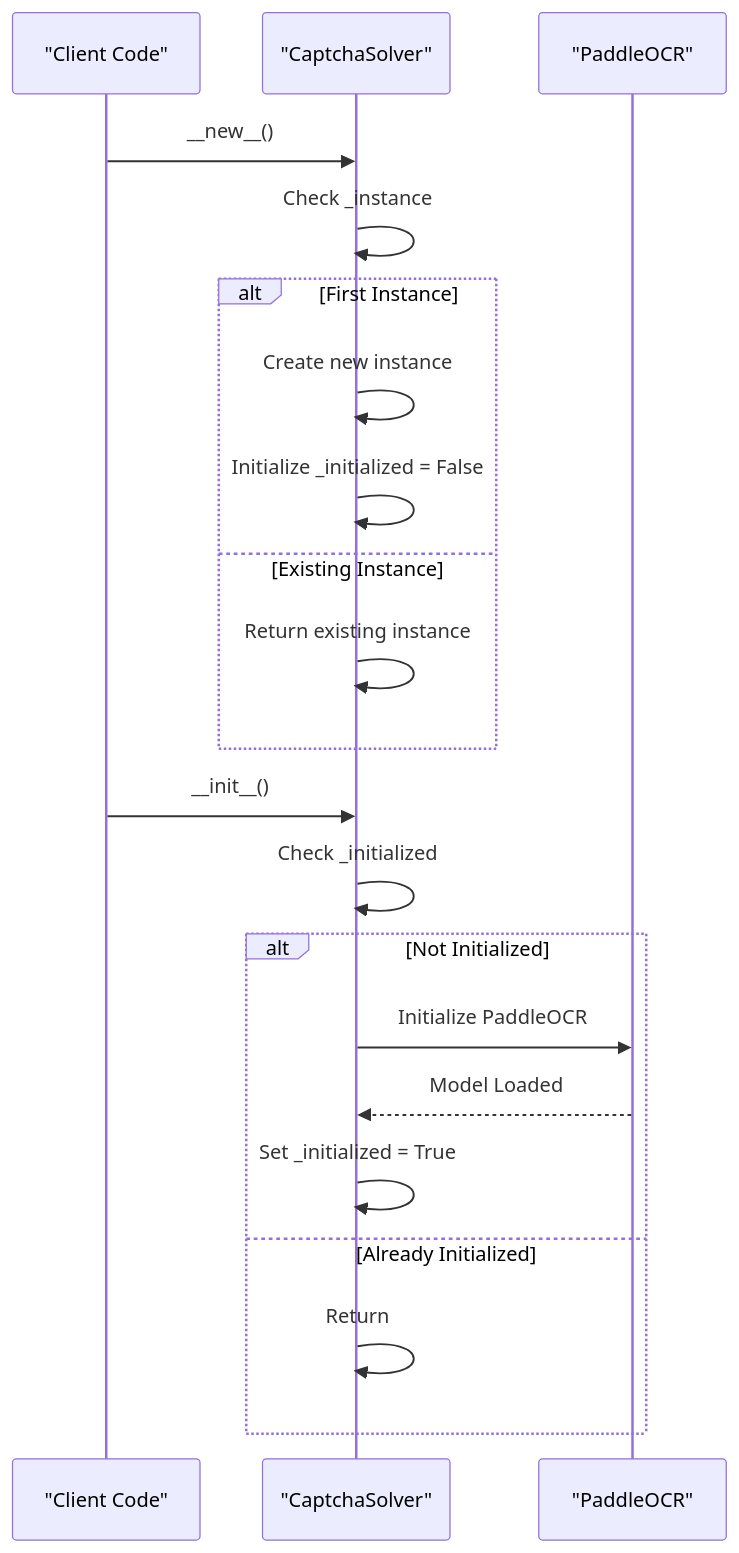
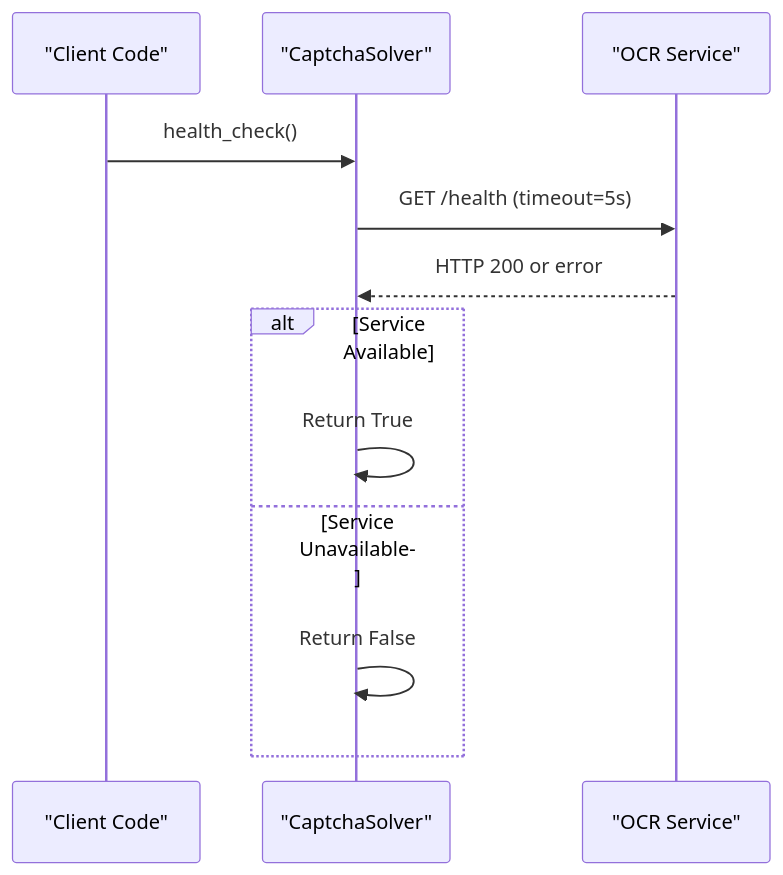
Before and after one commit to supotato-ipj/zxgk_auto_query-skill: the fourth of 17 diagrams in .qoder/repowiki/en/content/Core Architecture/CAPTCHA Solving System.md, drawn with Mermaid. The commit also changed other lines of this file and 24 other files, not shown here.

````diff
--- a/.qoder/repowiki/en/content/Core Architecture/CAPTCHA Solving System.md
+++ b/.qoder/repowiki/en/content/Core Architecture/CAPTCHA Solving System.md
@@ -153,23 +193,14 @@
 ```mermaid
 sequenceDiagram
 participant Client as "Client Code"
 participant CS as "CaptchaSolver"
-participant Paddle as "PaddleOCR"
-Client->>CS : __new__()
-CS->>CS : Check _instance
-alt First Instance
-CS->>CS : Create new instance
-CS->>CS : Initialize _initialized = False
-else Existing Instance
-CS->>CS : Return existing instance
-end
-Client->>CS : __init__()
-CS->>CS : Check _initialized
-alt Not Initialized
-CS->>Paddle : Initialize PaddleOCR
-Paddle-->>CS : Model Loaded
-CS->>CS : Set _initialized = True
-else Already Initialized
-CS->>CS : Return
+participant API as "OCR Service"
+Client->>CS : health_check()
+CS->>API : GET /health (timeout=5s)
+API-->>CS : HTTP 200 or error
+alt Service Available
+CS->>CS : Return True
+else Service Unavailable
+CS->>CS : Return False
 end
 ```
````
